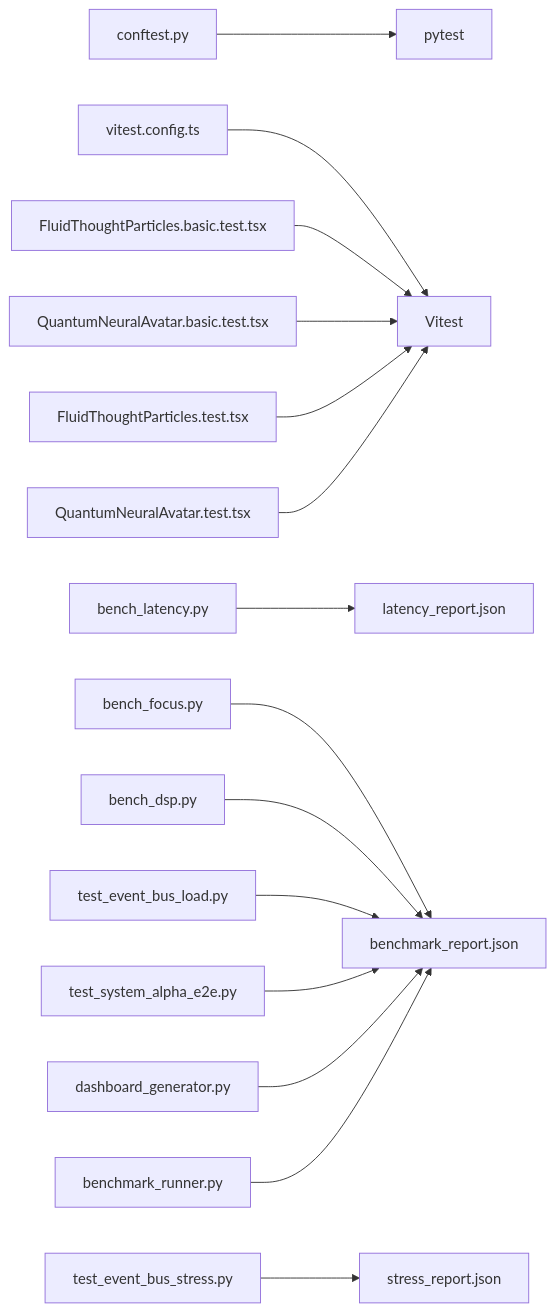
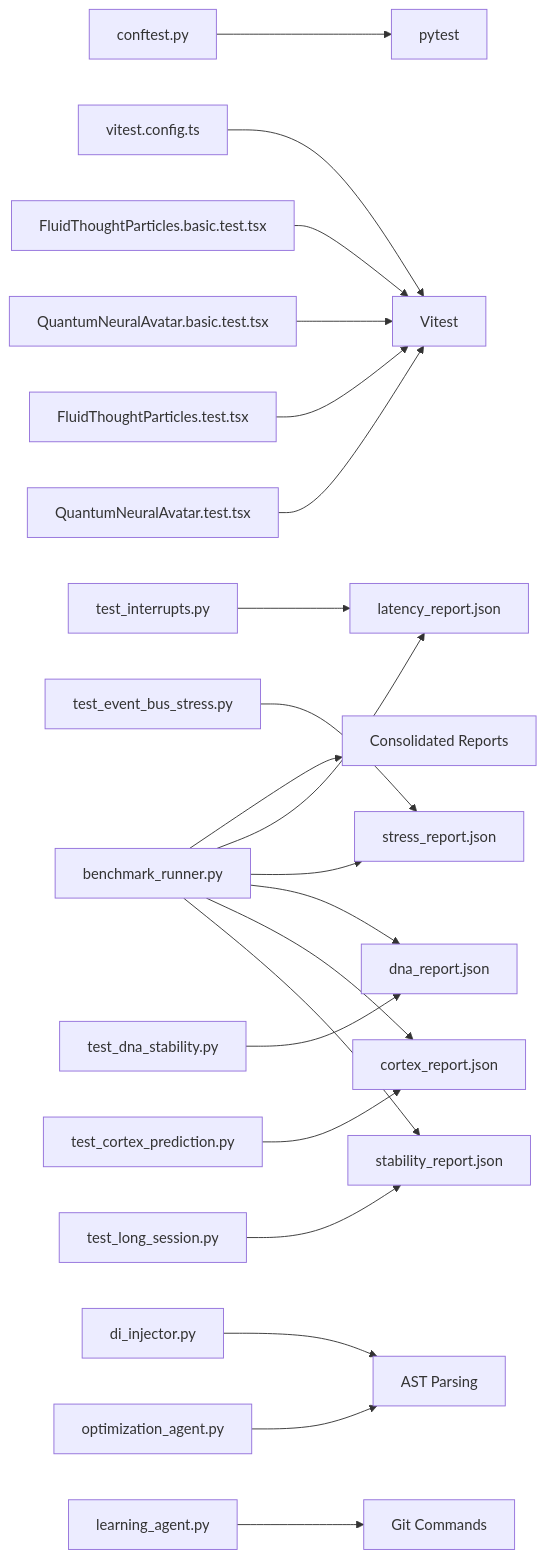
Before and after one commit to Moeabdelaziz007/Aether-Voice-OS: diagram 14 of 14 in .qoder/repowiki/en/content/Testing and Quality Assurance/Testing and Quality Assurance.md, drawn with Mermaid. The commit also changed other lines of this file and 29 other files, not shown here.

````diff
--- a/.qoder/repowiki/en/content/Testing and Quality Assurance/Testing and Quality Assurance.md
+++ b/.qoder/repowiki/en/content/Testing and Quality Assurance/Testing and Quality Assurance.md
@@ -528,17 +623,23 @@
 ```mermaid
 graph LR
 Cfg["conftest.py"] --> Pytest["pytest"]
 VitestCfg["vitest.config.ts"] --> Vitest["Vitest"]
-BenchLat["bench_latency.py"] --> Rep1["latency_report.json"]
-BenchFocus["bench_focus.py"] --> Rep2["benchmark_report.json"]
-BenchDSP["bench_dsp.py"] --> Rep2
-Stress["test_event_bus_stress.py"] --> Rep3["stress_report.json"]
-Load["test_event_bus_load.py"] --> Rep2
-E2E["test_system_alpha_e2e.py"] --> Rep2
-Dash["dashboard_generator.py"] --> Rep2
-Runner["benchmark_runner.py"] --> Rep2
+Runner["benchmark_runner.py"] --> Reports["Consolidated Reports"]
+Runner --> Latency["latency_report.json"]
+Runner --> Stress["stress_report.json"]
+Runner --> DNA["dna_report.json"]
+Runner --> Cortex["cortex_report.json"]
+Runner --> Stability["stability_report.json"]
+DI["di_injector.py"] --> AST["AST Parsing"]
+Learn["learning_agent.py"] --> Git["Git Commands"]
+Optimize["optimization_agent.py"] --> AST
+BenchLat["test_interrupts.py"] --> Latency
+BenchStress["test_event_bus_stress.py"] --> Stress
+BenchLong["test_long_session.py"] --> Stability
+BenchCortex["test_cortex_prediction.py"] --> Cortex
+BenchDNA["test_dna_stability.py"] --> DNA
 FTPB["FluidThoughtParticles.basic.test.tsx"] --> Vitest
 QNB["QuantumNeuralAvatar.basic.test.tsx"] --> Vitest
 FTPC["FluidThoughtParticles.test.tsx"] --> Vitest
 QNAC["QuantumNeuralAvatar.test.tsx"] --> Vitest
 ```
````
